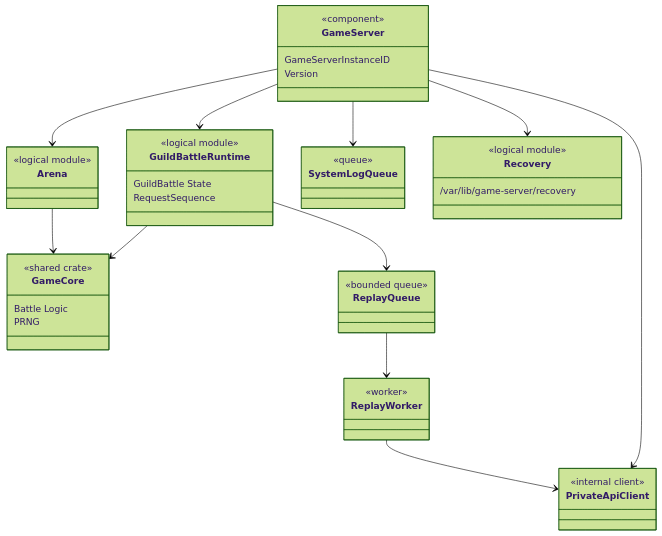
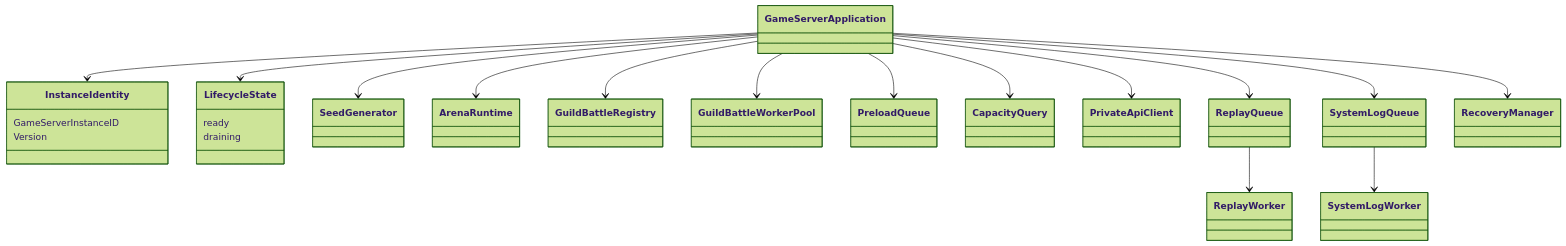
Before and after one commit to ReHydrangeaOdyssey/Specifications: the first of 3 diagrams in design/programming/server/game_server.md, drawn with Mermaid (forest theme). The commit also changed other lines of this file and 35 other files, not shown here.

````diff
--- a/design/programming/server/game_server.md
+++ b/design/programming/server/game_server.md
@@ -24,49 +9,39 @@
 ```mermaid
 classDiagram
-    class GameServer {
-        <<component>>
+    class GameServerApplication
+    class InstanceIdentity {
         GameServerInstanceID
         Version
     }
+    class LifecycleState {
+        ready
+        draining
+    }
+    class SeedGenerator
+    class ArenaRuntime
+    class GuildBattleRegistry
+    class GuildBattleWorkerPool
+    class PreloadQueue
+    class CapacityQuery
+    class PrivateApiClient
+    class ReplayQueue
+    class ReplayWorker
+    class SystemLogQueue
+    class SystemLogWorker
+    class RecoveryManager
 
-    class Arena {
-        <<logical module>>
-    }
-    class GuildBattleRuntime {
-        <<logical module>>
-        GuildBattle State
-        RequestSequence
-    }
-    class GameCore {
-        <<shared crate>>
-        Battle Logic
-        PRNG
-    }
-    class ReplayQueue {
-        <<bounded queue>>
-    }
-    class ReplayWorker {
-        <<worker>>
-    }
-    class SystemLogQueue {
-        <<queue>>
-    }
-    class Recovery {
-        <<logical module>>
-        /var/lib/game-server/recovery
-    }
-    class PrivateApiClient {
-        <<internal client>>
-    }
-
-    GameServer --> Arena
-    GameServer --> GuildBattleRuntime
-    Arena --> GameCore
-    GuildBattleRuntime --> GameCore
-    GuildBattleRuntime --> ReplayQueue
+    GameServerApplication --> InstanceIdentity
+    GameServerApplication --> LifecycleState
+    GameServerApplication --> SeedGenerator
+    GameServerApplication --> ArenaRuntime
+    GameServerApplication --> GuildBattleRegistry
+    GameServerApplication --> GuildBattleWorkerPool
+    GameServerApplication --> PreloadQueue
+    GameServerApplication --> CapacityQuery
+    GameServerApplication --> PrivateApiClient
+    GameServerApplication --> ReplayQueue
     ReplayQueue --> ReplayWorker
-    ReplayWorker --> PrivateApiClient
-    GameServer --> SystemLogQueue
-    GameServer --> Recovery
-    GameServer --> PrivateApiClient
+    GameServerApplication --> SystemLogQueue
+    SystemLogQueue --> SystemLogWorker
+    GameServerApplication --> RecoveryManager
 ```
````
